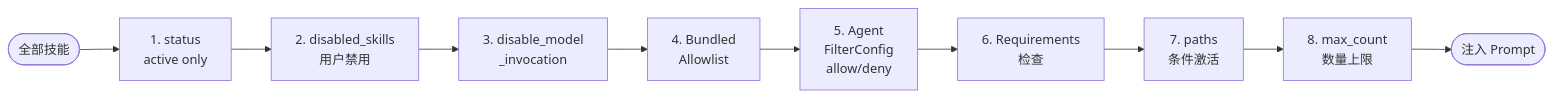
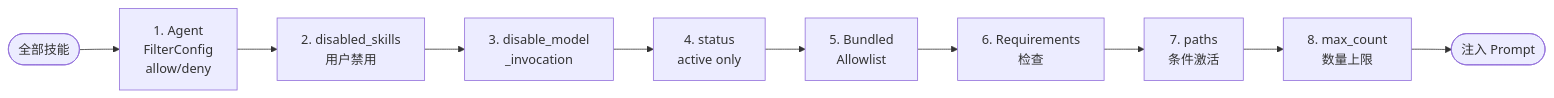
Before and after one commit to shiwenwen/hope-agent: the tenth of 18 diagrams in docs/architecture/skill-system.md, drawn with Mermaid. The commit also changed other lines of this file and 25 other files, not shown here.

````diff
--- a/docs/architecture/skill-system.md
+++ b/docs/architecture/skill-system.md
@@ -881,13 +926,13 @@
 ```mermaid
 flowchart LR
-    ALL(["全部技能"]) --> F0["1. status<br/>active only"]
+    ALL(["全部技能"]) --> F0["1. Agent<br/>FilterConfig<br/>allow/deny"]
     F0 --> F1["2. disabled_skills<br/>用户禁用"]
     F1 --> F2["3. disable_model<br/>_invocation"]
-    F2 --> F3["4. Bundled<br/>Allowlist"]
-    F3 --> F4["5. Agent<br/>FilterConfig<br/>allow/deny"]
+    F2 --> F3["4. status<br/>active only"]
+    F3 --> F4["5. Bundled<br/>Allowlist"]
     F4 --> F5["6. Requirements<br/>检查"]
     F5 --> F55["7. paths<br/>条件激活"]
     F55 --> F6["8. max_count<br/>数量上限"]
     F6 --> OUT(["注入 Prompt"])
 
 ```
````
